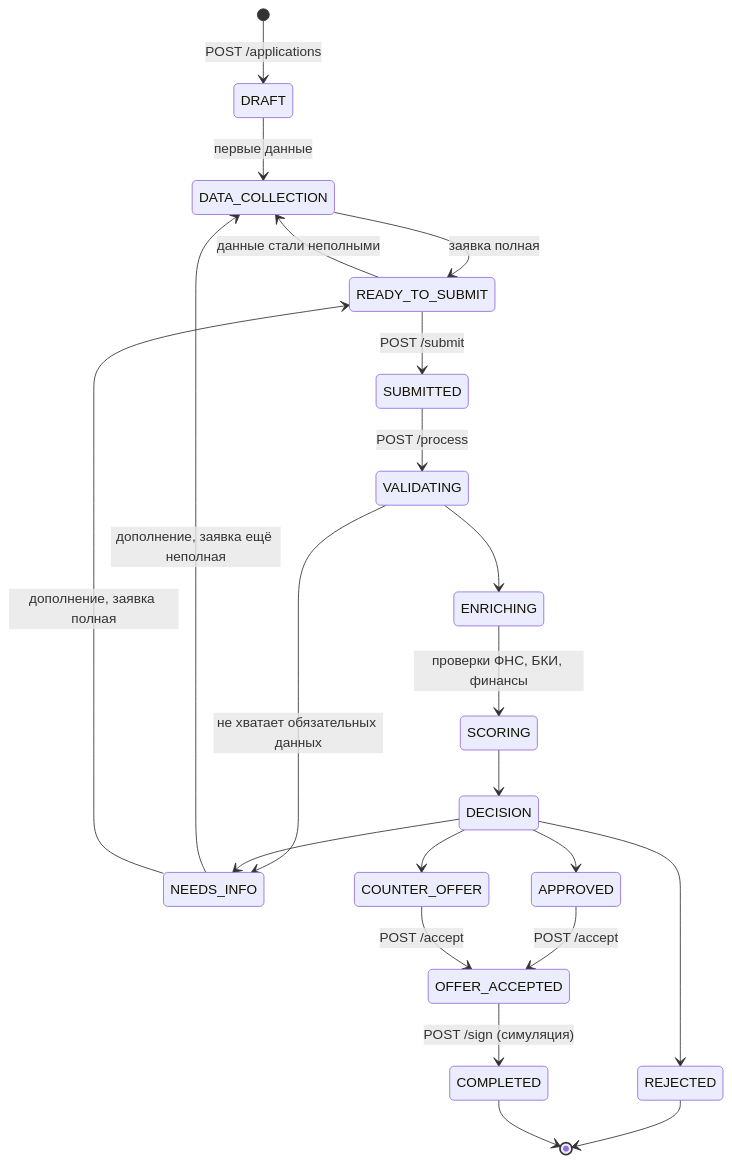
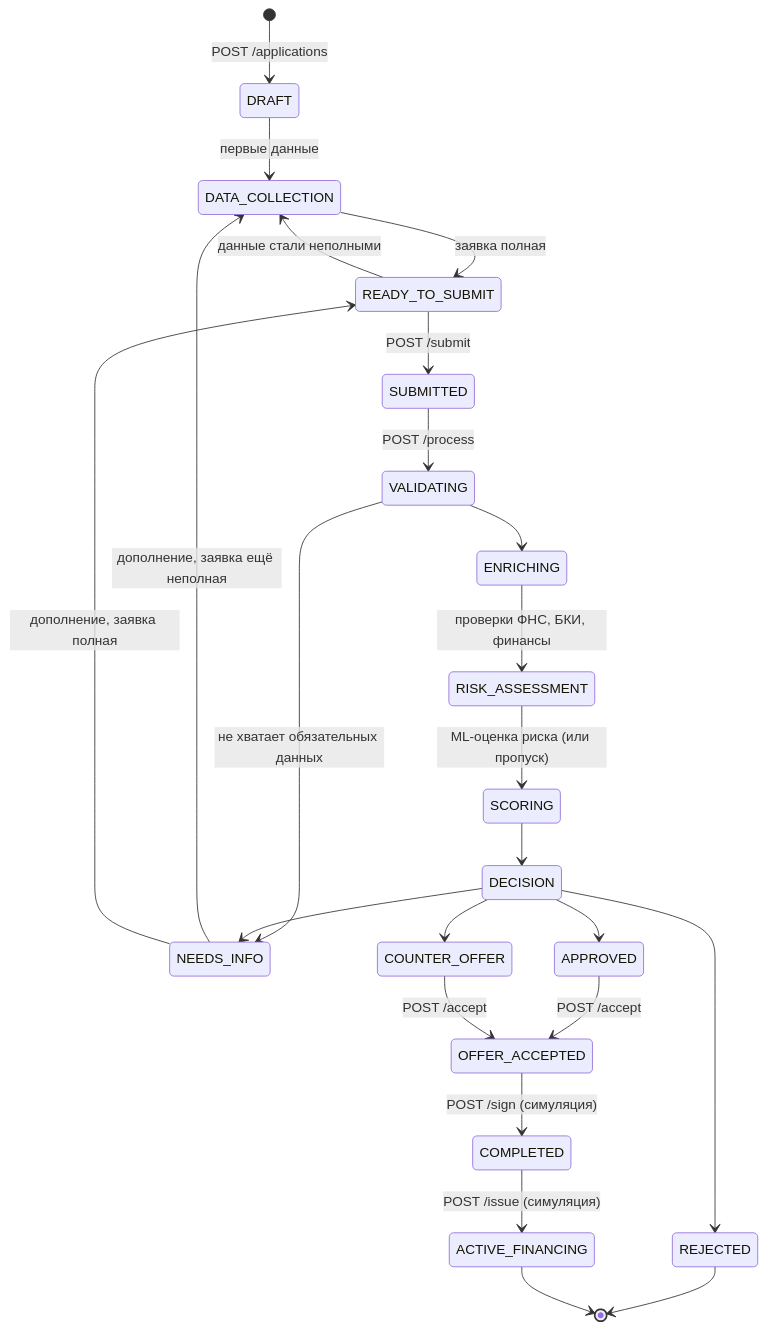
The diagram in docs/application-state-machine.md (Deniskish/ALPHA_HACKATHON), drawn with Mermaid before and after one commit. The commit also changed other lines of this file and 104 other files, not shown here.

````diff
--- a/docs/application-state-machine.md
+++ b/docs/application-state-machine.md
@@ -7,24 +7,26 @@
 ```mermaid
 stateDiagram-v2
   [*] --> DRAFT: POST /applications
   DRAFT --> DATA_COLLECTION: первые данные
   DATA_COLLECTION --> READY_TO_SUBMIT: заявка полная
   READY_TO_SUBMIT --> DATA_COLLECTION: данные стали неполными
   READY_TO_SUBMIT --> SUBMITTED: POST /submit
   SUBMITTED --> VALIDATING: POST /process
   VALIDATING --> NEEDS_INFO: не хватает обязательных данных
   VALIDATING --> ENRICHING
-  ENRICHING --> SCORING: проверки ФНС, БКИ, финансы
+  ENRICHING --> RISK_ASSESSMENT: проверки ФНС, БКИ, финансы
+  RISK_ASSESSMENT --> SCORING: ML-оценка риска (или пропуск)
   SCORING --> DECISION
   DECISION --> APPROVED
   DECISION --> COUNTER_OFFER
   DECISION --> NEEDS_INFO
   DECISION --> REJECTED
   NEEDS_INFO --> DATA_COLLECTION: дополнение, заявка ещё неполная
   NEEDS_INFO --> READY_TO_SUBMIT: дополнение, заявка полная
   APPROVED --> OFFER_ACCEPTED: POST /accept
   COUNTER_OFFER --> OFFER_ACCEPTED: POST /accept
   OFFER_ACCEPTED --> COMPLETED: POST /sign (симуляция)
+  COMPLETED --> ACTIVE_FINANCING: POST /issue (симуляция)
   REJECTED --> [*]
-  COMPLETED --> [*]
+  ACTIVE_FINANCING --> [*]
 ```
````
